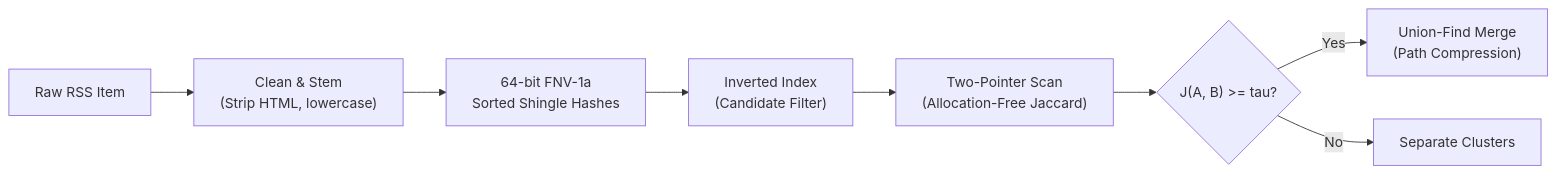
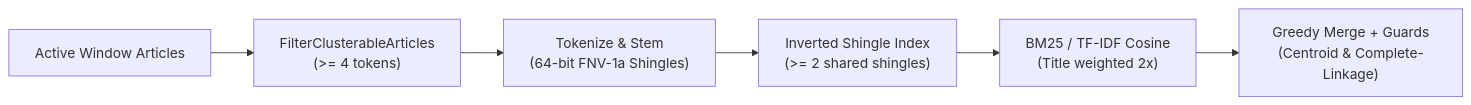
Before and after one commit to rafifmsn/celerum: the second of 2 diagrams in docs/architecture.md, drawn with Mermaid. The commit also changed other lines of this file and 73 other files, not shown here.

````diff
--- a/docs/architecture.md
+++ b/docs/architecture.md
@@ -50,10 +60,8 @@
 ```mermaid
 flowchart LR
-    A["Raw RSS Item"] --> B["Clean & Stem\n(Strip HTML, lowercase)"]
-    B --> C["64-bit FNV-1a\nSorted Shingle Hashes"]
-    C --> D["Inverted Index\n(Candidate Filter)"]
-    D --> E["Two-Pointer Scan\n(Allocation-Free Jaccard)"]
-    E --> F{"J(A, B) >= tau?"}
-    F -->|Yes| G["Union-Find Merge\n(Path Compression)"]
-    F -->|No| H["Separate Clusters"]
+    A["Active Window Articles"] --> B["FilterClusterableArticles\n(>= 4 tokens)"]
+    B --> C["Tokenize & Stem\n(64-bit FNV-1a Shingles)"]
+    C --> D["Inverted Shingle Index\n(>= 2 shared shingles)"]
+    D --> E["BM25 / TF-IDF Cosine\n(Title weighted 2x)"]
+    E --> F["Greedy Merge + Guards\n(Centroid & Complete-Linkage)"]
 ```
````
